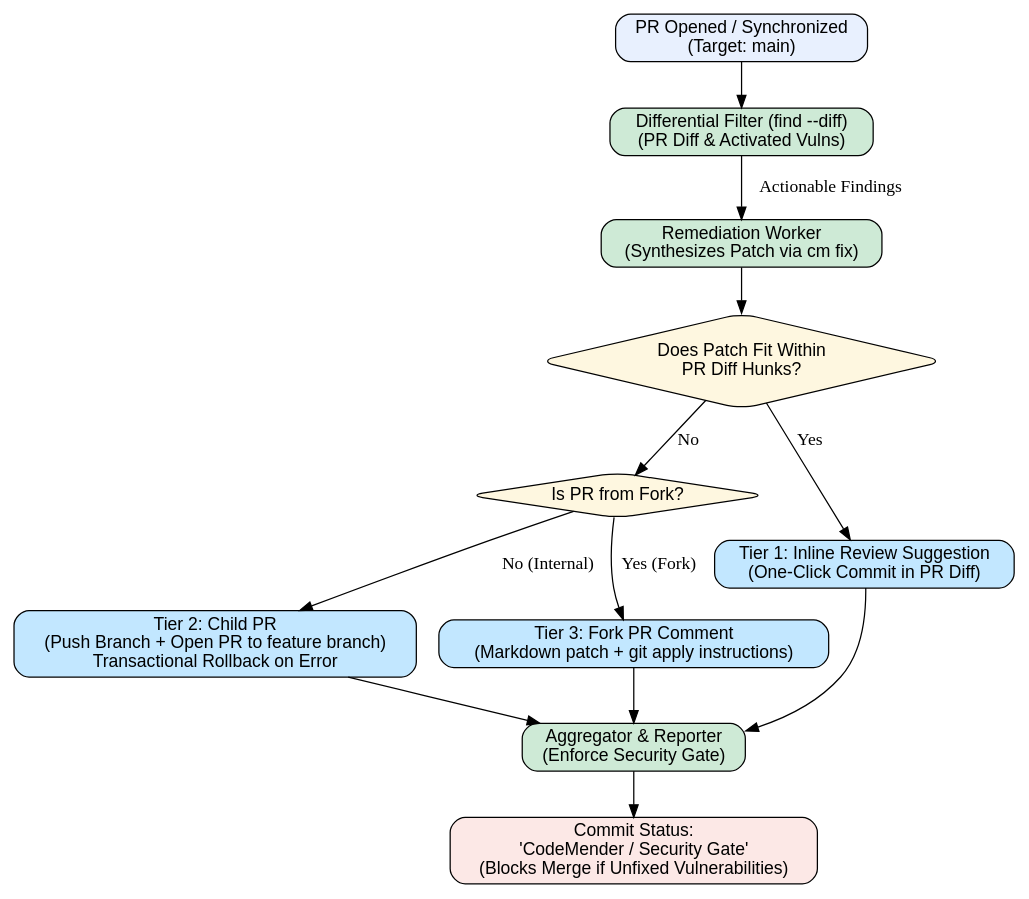
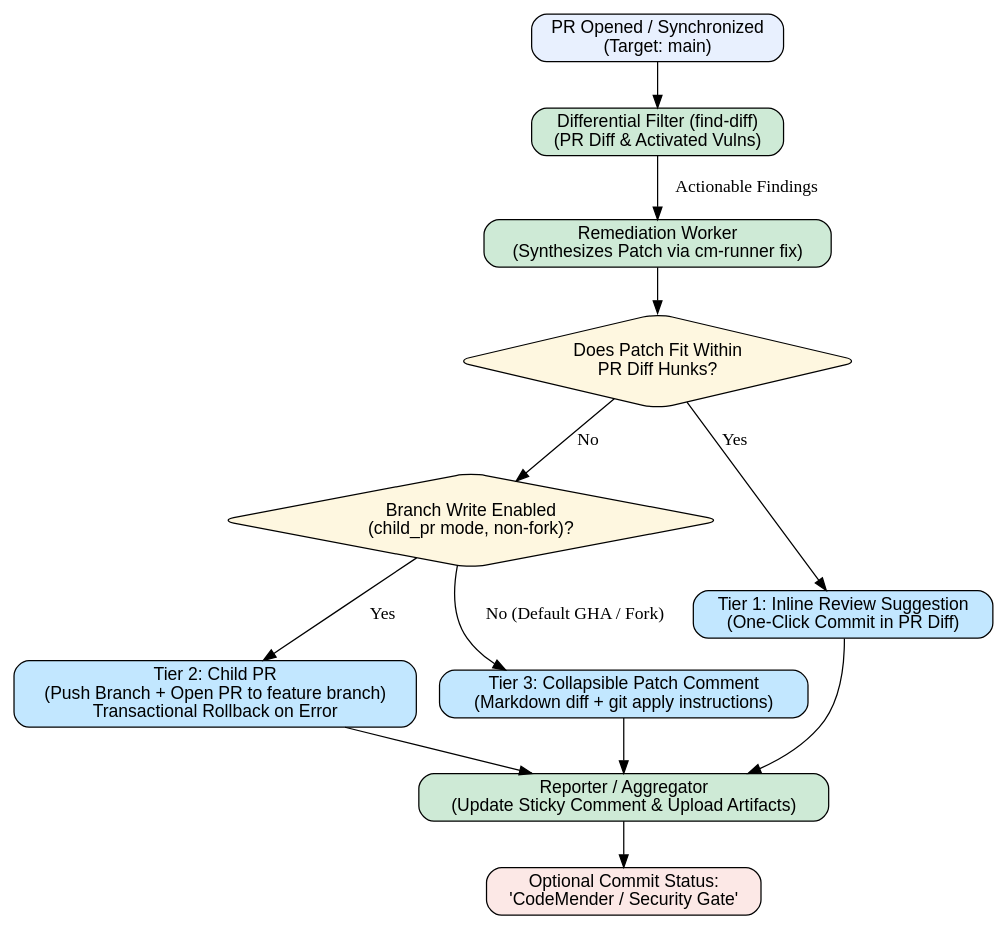
The diagram in docs/adr/ADR-0006-pr-remediation-routing-and-security-gate.md (avnit/codemender-runner-mcp), drawn with Graphviz before and after one commit. The commit also changed other lines of this file and 21 other files, not shown here.

````diff
--- a/docs/adr/ADR-0006-pr-remediation-routing-and-security-gate.md
+++ b/docs/adr/ADR-0006-pr-remediation-routing-and-security-gate.md
@@ -95,36 +94,36 @@
 ```dot
 digraph PRRemediationRouting {
   rankdir=TB;
   node [shape=box, style="filled,rounded", fontname="Helvetica"];
 
   PR [label="PR Opened / Synchronized\n(Target: main)", fillcolor="#E8F0FE"];
-  DiffFilter [label="Differential Filter (find --diff)\n(PR Diff & Activated Vulns)", fillcolor="#CEEAD6"];
-  Worker [label="Remediation Worker\n(Synthesizes Patch via cm fix)", fillcolor="#CEEAD6"];
+  DiffFilter [label="Differential Filter (find-diff)\n(PR Diff & Activated Vulns)", fillcolor="#CEEAD6"];
+  Worker [label="Remediation Worker\n(Synthesizes Patch via cm-runner fix)", fillcolor="#CEEAD6"];
   
   CanSuggest [label="Does Patch Fit Within\nPR Diff Hunks?", shape=diamond, fillcolor="#FEF7E0"];
-  IsFork [label="Is PR from Fork?", shape=diamond, fillcolor="#FEF7E0"];
+  CanPushBranch [label="Branch Write Enabled\n(child_pr mode, non-fork)?", shape=diamond, fillcolor="#FEF7E0"];
 
   InlineSuggestion [label="Tier 1: Inline Review Suggestion\n(One-Click Commit in PR Diff)", fillcolor="#C2E7FF"];
   ChildPR [label="Tier 2: Child PR\n(Push Branch + Open PR to feature branch)\nTransactional Rollback on Error", fillcolor="#C2E7FF"];
-  ForkComment [label="Tier 3: Fork PR Comment\n(Markdown patch + git apply instructions)", fillcolor="#C2E7FF"];
+  PatchComment [label="Tier 3: Collapsible Patch Comment\n(Markdown diff + git apply instructions)", fillcolor="#C2E7FF"];
 
-  Aggregator [label="Aggregator & Reporter\n(Enforce Security Gate)", fillcolor="#CEEAD6"];
-  GateStatus [label="Commit Status:\n'CodeMender / Security Gate'\n(Blocks Merge if Unfixed Vulnerabilities)", fillcolor="#FCE8E6"];
+  Aggregator [label="Reporter / Aggregator\n(Update Sticky Comment & Upload Artifacts)", fillcolor="#CEEAD6"];
+  GateStatus [label="Optional Commit Status:\n'CodeMender / Security Gate'", fillcolor="#FCE8E6"];
 
   PR -> DiffFilter;
   DiffFilter -> Worker [label="Actionable Findings"];
   Worker -> CanSuggest;
 
   CanSuggest -> InlineSuggestion [label="Yes"];
-  CanSuggest -> IsFork [label="No"];
+  CanSuggest -> CanPushBranch [label="No"];
 
-  IsFork -> ForkComment [label="Yes (Fork)"];
-  IsFork -> ChildPR [label="No (Internal)"];
+  CanPushBranch -> ChildPR [label="Yes"];
+  CanPushBranch -> PatchComment [label="No (Default GHA / Fork)"];
 
   InlineSuggestion -> Aggregator;
   ChildPR -> Aggregator;
-  ForkComment -> Aggregator;
+  PatchComment -> Aggregator;
 
   Aggregator -> GateStatus;
 }
 ```
````
